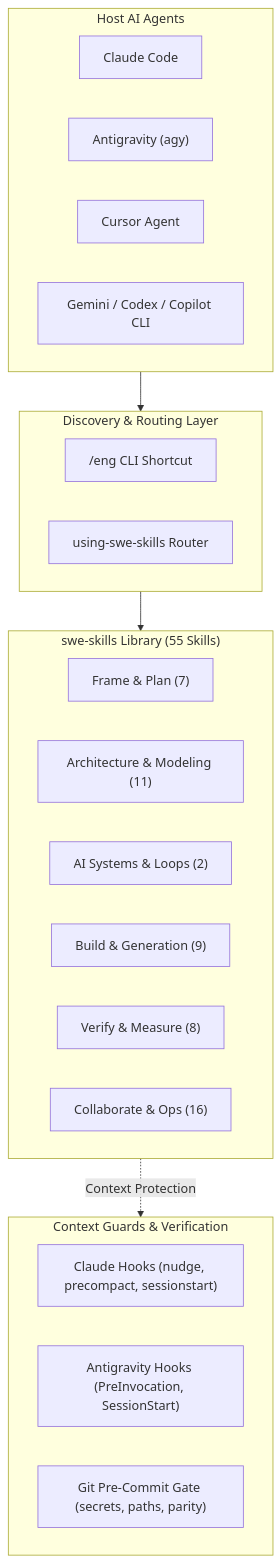
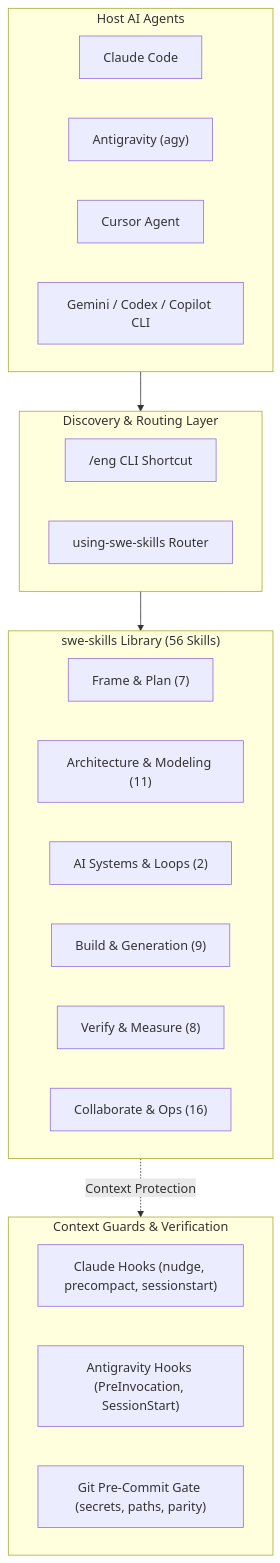
One commit to bsommers/swe-skills-2 changed the diagram in docs/usermanual/README.md. Above: the diagram before and after it, drawn with Mermaid. The commit also changed other lines of this file and 11 other files, not shown here.

````diff
--- a/docs/usermanual/README.md
+++ b/docs/usermanual/README.md
@@ -36,33 +36,33 @@
 ```mermaid
 flowchart TD
     subgraph AgentHosts["Host AI Agents"]
         Claude["Claude Code"]
         Agy["Antigravity (agy)"]
         Cursor["Cursor Agent"]
         Other["Gemini / Codex / Copilot CLI"]
     end
 
     subgraph RouterLayer["Discovery & Routing Layer"]
         Eng["/eng CLI Shortcut"]
         UsingSwe["using-swe-skills Router"]
     end
 
-    subgraph SkillSuite["swe-skills Library (55 Skills)"]
+    subgraph SkillSuite["swe-skills Library (56 Skills)"]
         Plan["Frame & Plan (7)"]
         Arch["Architecture & Modeling (11)"]
         AI["AI Systems & Loops (2)"]
         Build["Build & Generation (9)"]
         Verify["Verify & Measure (8)"]
         Ops["Collaborate & Ops (16)"]
     end
 
     subgraph RuntimeHooks["Context Guards & Verification"]
         ClaudeHooks["Claude Hooks (nudge, precompact, sessionstart)"]
         AgyHooks["Antigravity Hooks (PreInvocation, SessionStart)"]
         GitHooks["Git Pre-Commit Gate (secrets, paths, parity)"]
     end
 
     AgentHosts --> RouterLayer
     RouterLayer --> SkillSuite
     SkillSuite -. Context Protection .-> RuntimeHooks
 ```
````
